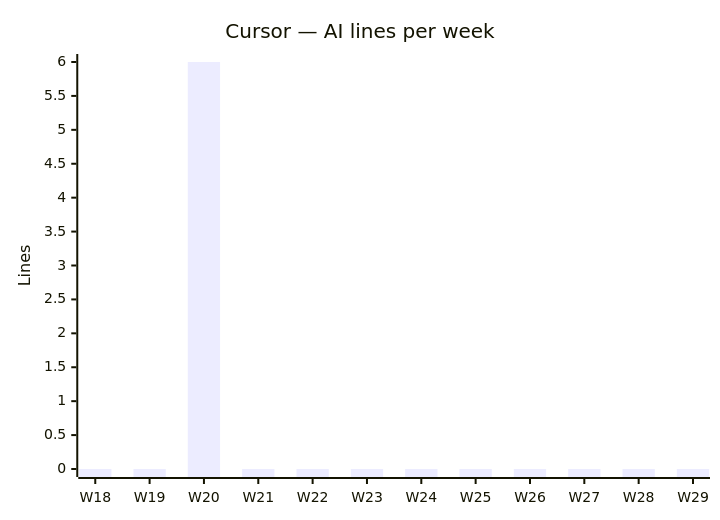
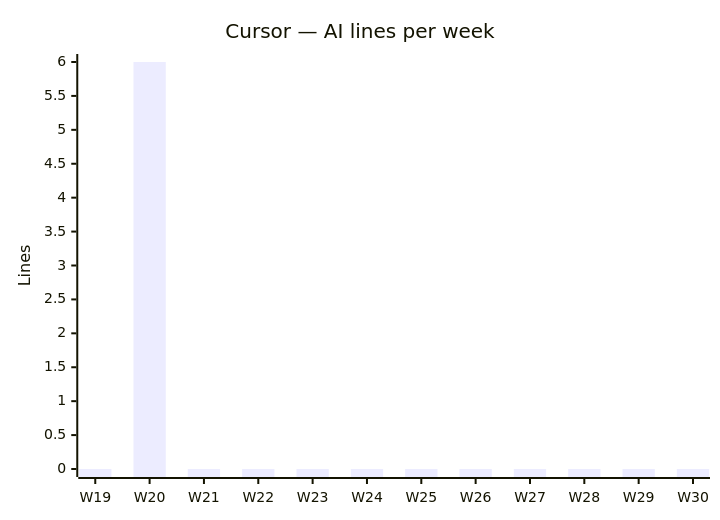
One commit to fromwaydowntown/ai-use changed the fourth of 4 diagrams in docs/AI_USAGE.md. Above: the diagram before and after it, drawn with Mermaid. The commit also changed other lines of this file, not shown here.

````diff
--- a/docs/AI_USAGE.md
+++ b/docs/AI_USAGE.md
@@ -49,7 +49,7 @@
 ```mermaid
 xychart-beta
     title "Cursor — AI lines per week"
-    x-axis ["W18", "W19", "W20", "W21", "W22", "W23", "W24", "W25", "W26", "W27", "W28", "W29"]
+    x-axis ["W19", "W20", "W21", "W22", "W23", "W24", "W25", "W26", "W27", "W28", "W29", "W30"]
     y-axis "Lines"
-    bar [0, 0, 6, 0, 0, 0, 0, 0, 0, 0, 0, 0]
+    bar [0, 6, 0, 0, 0, 0, 0, 0, 0, 0, 0, 0]
 ```
````
